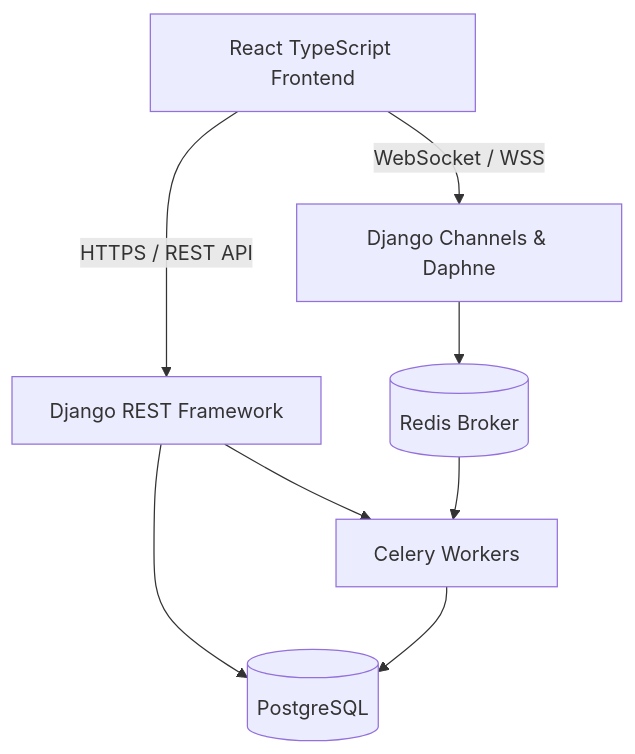
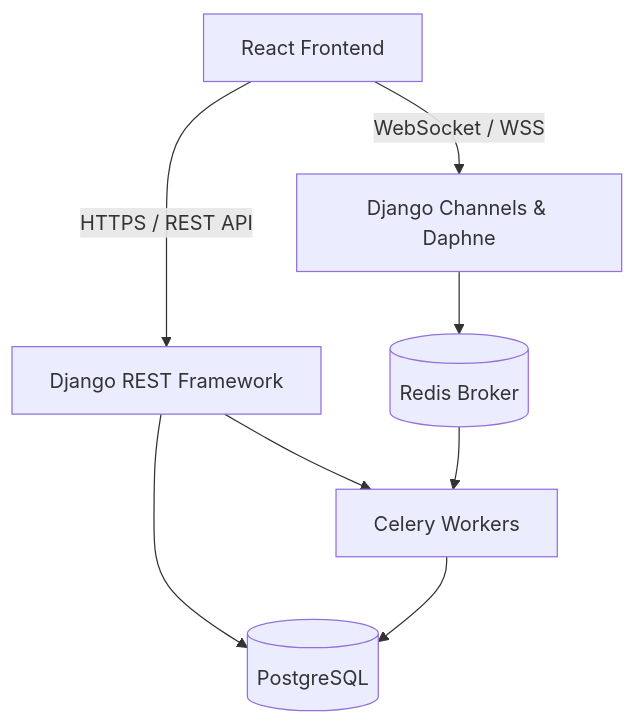
The diagram in README.md (pranavkavade20/Farmket), drawn with Mermaid before and after one commit.

Commit message:
Fix typo in system architecture diagram

````diff
--- a/README.md
+++ b/README.md
@@ -66,12 +66,12 @@
 ```mermaid
 graph TD
-    A[React TypeScript Frontend] -->|HTTPS / REST API| B[Django REST Framework]
+    A[React Frontend] -->|HTTPS / REST API| B[Django REST Framework]
     A -->|WebSocket / WSS| C[Django Channels & Daphne]
     
     B --> D[(PostgreSQL)]
     C --> E[(Redis Broker)]
     
     B --> F[Celery Workers]
     E --> F
     F --> D
 ```
````
